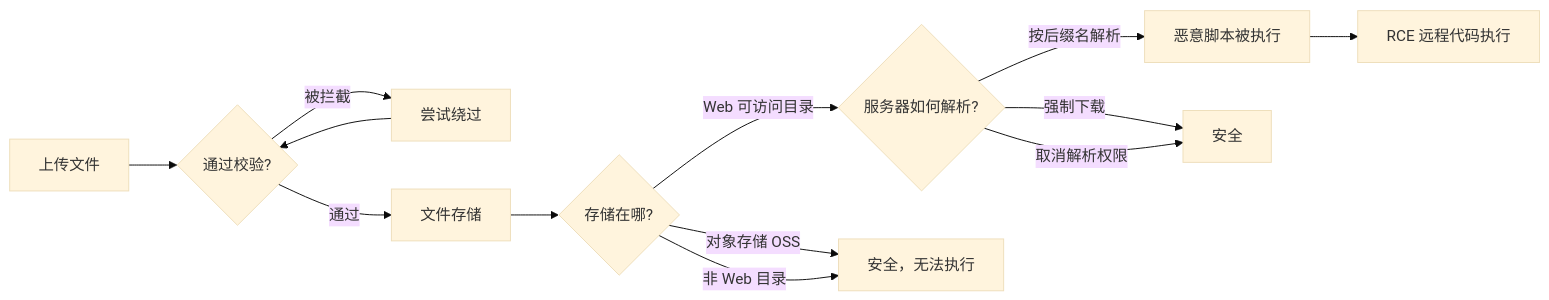
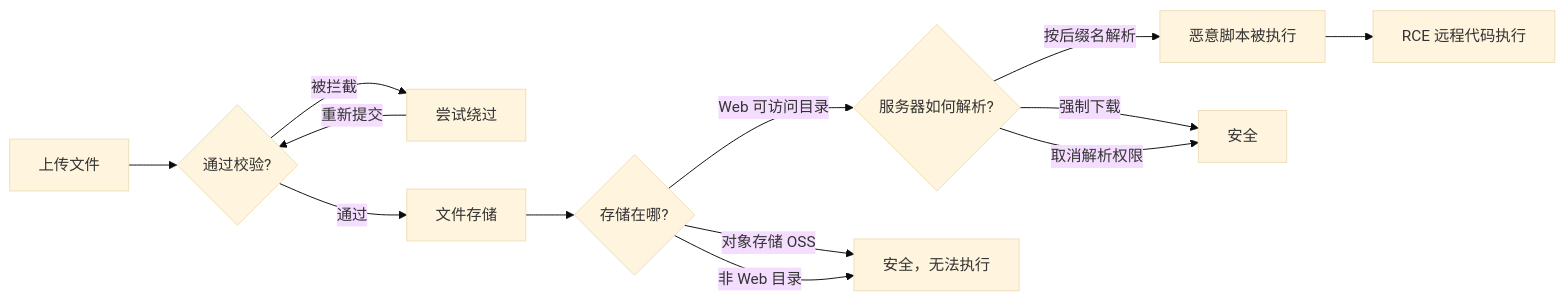
The seventh of 11 diagrams in src/content/blog/web-security-interview-notes.md (J1syan/J1syan.github.io), drawn with Mermaid (base theme) before and after one commit. The commit also changed other lines of this file, not shown here.

Commit message:
fix: 彻底修复 Mermaid 图表渲染问题
1. 移除 & 节点合并语法，改为逐条连线避免 dagre 布局引擎汇聚 bug
2. 移除节点文本中的 → 箭头符号避免语法冲突
3. 统一所有节点文本使用双引号包裹

🤖 Generated with [Qoder][https://qoder.com]

````diff
--- a/src/content/blog/web-security-interview-notes.md
+++ b/src/content/blog/web-security-interview-notes.md
@@ -355,18 +366,18 @@
 ```mermaid
 graph LR
-    A[上传文件] --> B{通过校验?}
-    B -->|被拦截| C[尝试绕过]
-    B -->|通过| D[文件存储]
-    C --> B
+    A["上传文件"] --> B{"通过校验?"}
+    B -->|"被拦截"| C["尝试绕过"]
+    C -->|"重新提交"| B
+    B -->|"通过"| D["文件存储"]
 
-    D --> E{存储在哪?}
-    E -->|Web 可访问目录| F{服务器如何解析?}
-    E -->|对象存储 OSS| G[安全，无法执行]
-    E -->|非 Web 目录| G
+    D --> E{"存储在哪?"}
+    E -->|"Web 可访问目录"| F{"服务器如何解析?"}
+    E -->|"对象存储 OSS"| G["安全，无法执行"]
+    E -->|"非 Web 目录"| G
 
-    F -->|按后缀名解析| H[恶意脚本被执行]
-    F -->|强制下载| I[安全]
-    F -->|取消解析权限| I
+    F -->|"按后缀名解析"| H["恶意脚本被执行"]
+    F -->|"强制下载"| I["安全"]
+    F -->|"取消解析权限"| I
 
-    H --> J[RCE 远程代码执行]
+    H --> J["RCE 远程代码执行"]
 ```
````
